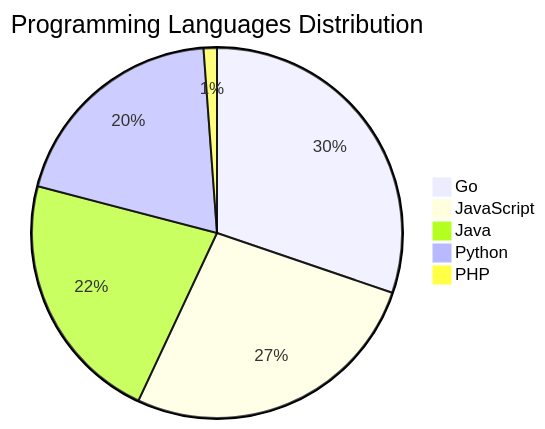
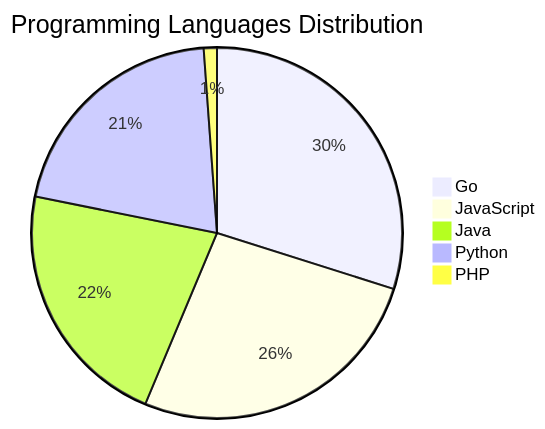
One commit to Derrick-MUGISHA/github-activity-bot changed the diagram in README.md. Above: the diagram before and after it, drawn with Mermaid. The commit also changed other lines of this file and 3 other files, not shown here.

````diff
--- a/README.md
+++ b/README.md
@@ -71,8 +71,8 @@
 ```mermaid
 pie title Programming Languages Distribution
     "Go" : 26
     "JavaScript" : 23
     "Java" : 19
-    "Python" : 17
+    "Python" : 18
     "PHP" : 1
 ```
````
